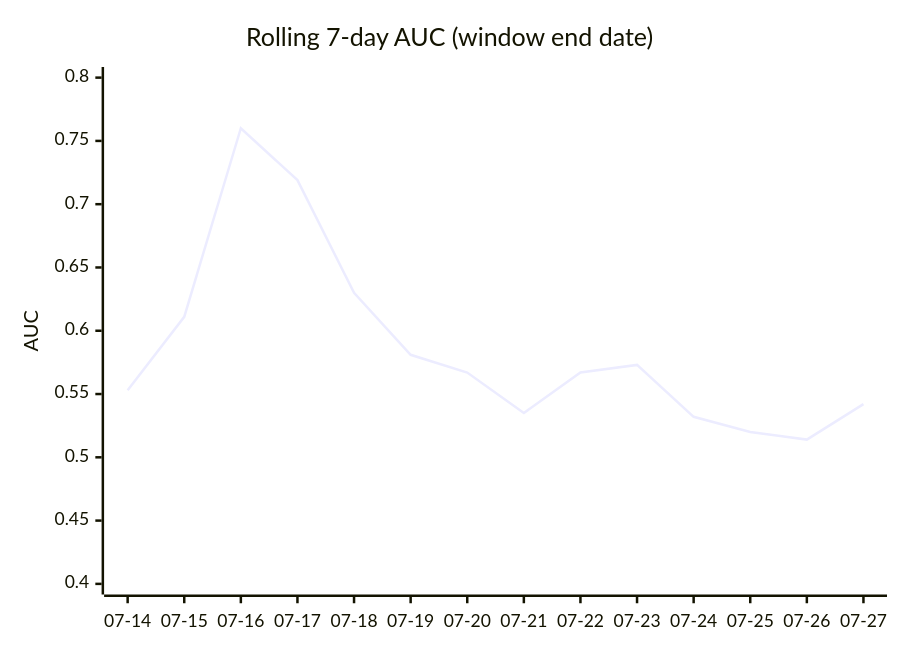
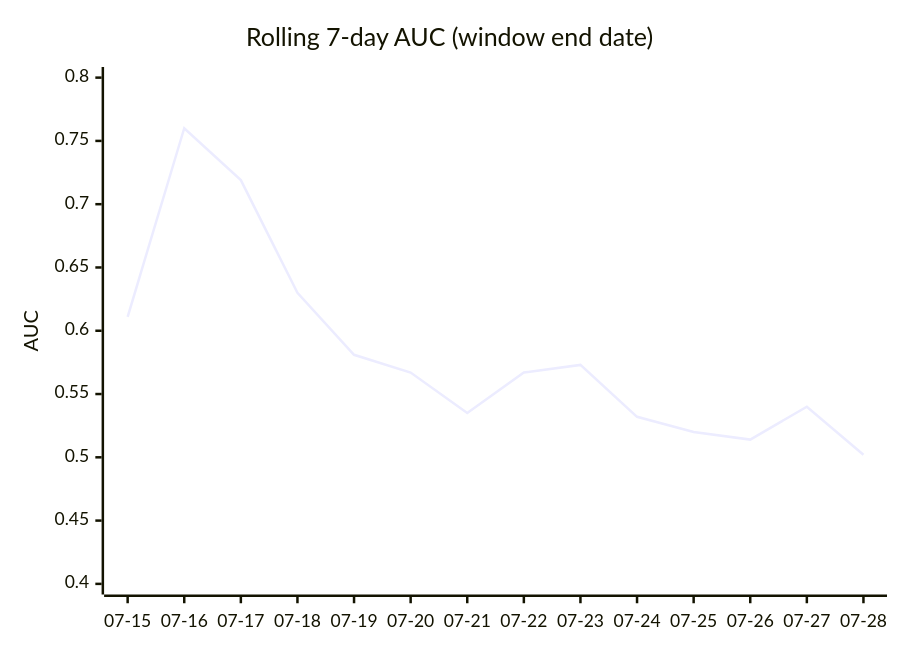
Before and after one commit to dpk1212/nhl-savant: the third of 4 diagrams in DAILY_AGSU_REPORT.md, drawn with Mermaid. The commit also changed other lines of this file, not shown here.

````diff
--- a/DAILY_AGSU_REPORT.md
+++ b/DAILY_AGSU_REPORT.md
@@ -713,7 +716,7 @@
 ```mermaid
 xychart-beta
     title "Rolling 7-day AUC (window end date)"
-    x-axis ["07-14", "07-15", "07-16", "07-17", "07-18", "07-19", "07-20", "07-21", "07-22", "07-23", "07-24", "07-25", "07-26", "07-27"]
+    x-axis ["07-15", "07-16", "07-17", "07-18", "07-19", "07-20", "07-21", "07-22", "07-23", "07-24", "07-25", "07-26", "07-27", "07-28"]
     y-axis "AUC" 0.4 --> 0.8
-    line [0.553, 0.611, 0.76, 0.719, 0.63, 0.581, 0.567, 0.535, 0.567, 0.573, 0.532, 0.52, 0.514, 0.542]
+    line [0.611, 0.76, 0.719, 0.63, 0.581, 0.567, 0.535, 0.567, 0.573, 0.532, 0.52, 0.514, 0.54, 0.502]
 ```
````
